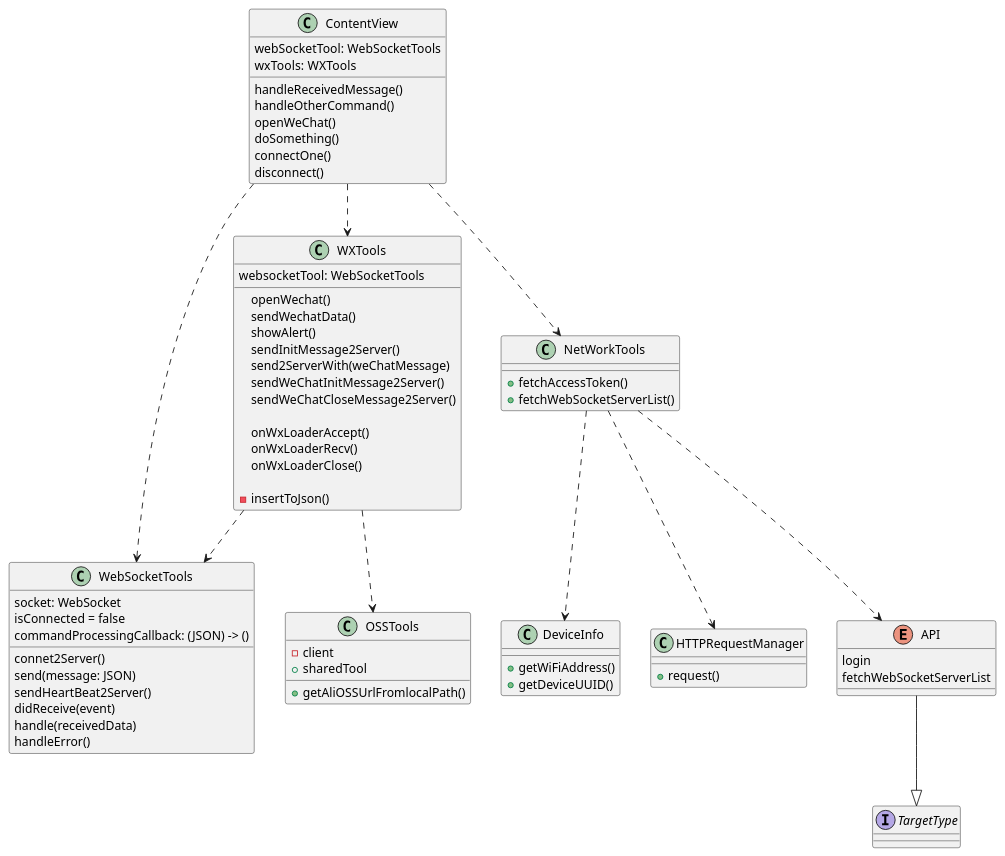
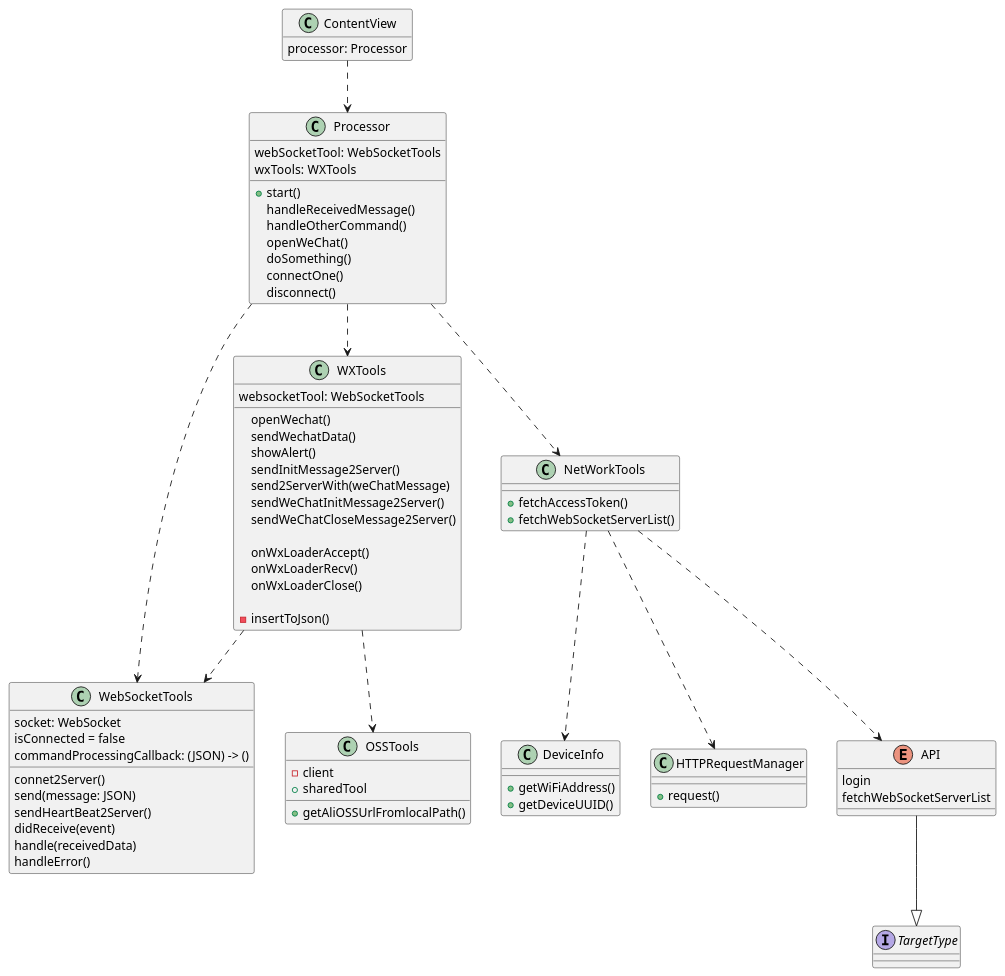
The diagram in pumls/agentClient.puml (Eaffy/PlantUMLs), drawn with PlantUML before and after one commit.

Commit message:
change agentClient

```diff
--- a/pumls/agentClient.puml
+++ b/pumls/agentClient.puml
@@ -1,82 +1,89 @@
 @startuml
 class ContentView {
+  processor: Processor
+}
+hide ContentView methods
+
+class Processor {
   webSocketTool: WebSocketTools
   wxTools: WXTools
 
+  +start()
   handleReceivedMessage()
   handleOtherCommand()
   openWeChat()
   doSomething()
   connectOne()
   disconnect()
 }
 
 class WebSocketTools {
   socket: WebSocket
   isConnected = false
   {field} commandProcessingCallback: (JSON) -> ()
 
   connet2Server()
   send(message: JSON)
   sendHeartBeat2Server()
   didReceive(event)
   handle(receivedData)
   handleError()
 }
 
 class WXTools {
   websocketTool: WebSocketTools
   
   openWechat()
   sendWechatData()
   showAlert()
   sendInitMessage2Server()
   send2ServerWith(weChatMessage)
   sendWeChatInitMessage2Server()
   sendWeChatCloseMessage2Server()
   
   onWxLoaderAccept()
   onWxLoaderRecv()
   onWxLoaderClose()
   
   -insertToJson()
 }
 
 class OSSTools {
   -client
   +sharedTool
   
   +getAliOSSUrlFromlocalPath()
 }
 
 class NetWorkTools {
   +fetchAccessToken()
   +fetchWebSocketServerList()
 }
 
 class DeviceInfo {
   +getWiFiAddress()
   +getDeviceUUID()
 }
 
 class HTTPRequestManager {
   +request()
 }
 
 enum API {
   login
   fetchWebSocketServerList
 }
 
 Interface TargetType
 
-ContentView ..> WebSocketTools
-ContentView ..> WXTools
-ContentView ..> NetWorkTools
+ContentView ..> Processor
+Processor ..> WebSocketTools
+Processor ..> WXTools
+Processor ..> NetWorkTools
 NetWorkTools ..> API
 NetWorkTools ..> DeviceInfo
 NetWorkTools ..> HTTPRequestManager
 API --|> TargetType
 WXTools ..> WebSocketTools
 WXTools ..> OSSTools
 @enduml
```
